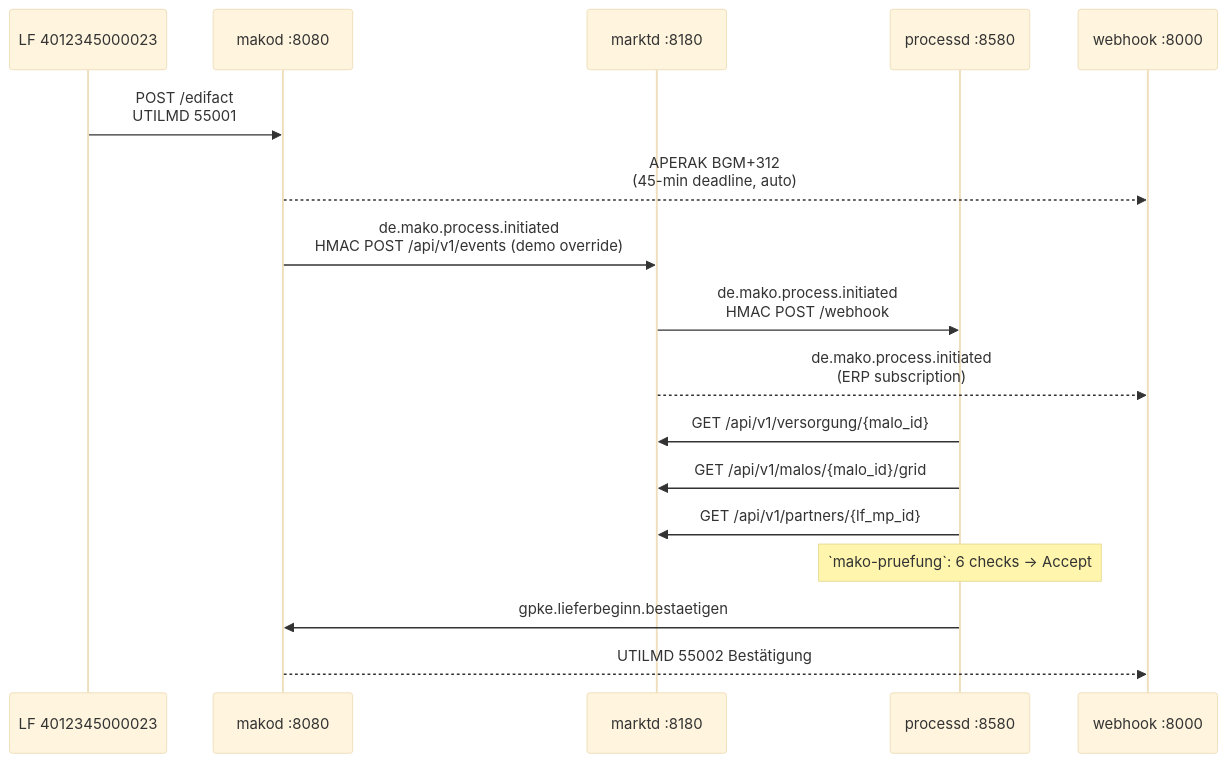
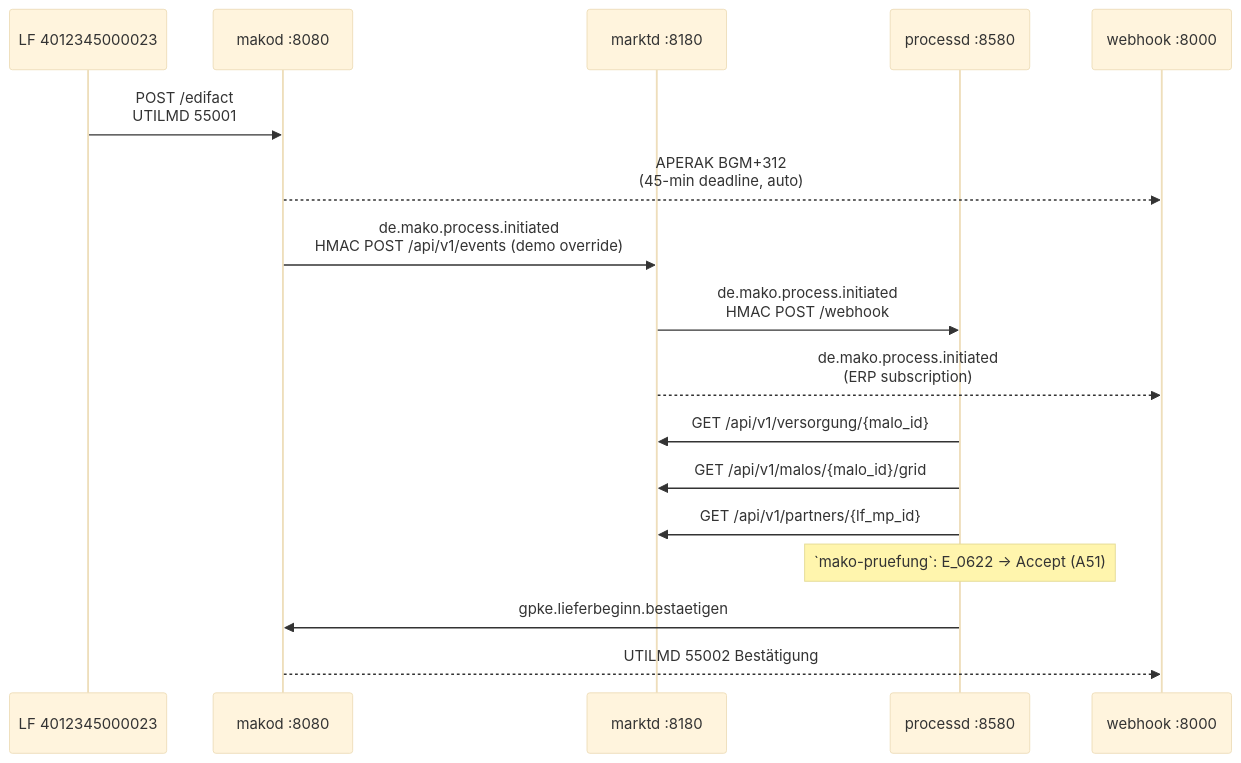
The diagram in site/content/docs/guide/getting-started.md (hupe1980/mako), drawn with Mermaid (base theme) before and after one commit. The commit also changed other lines of this file and 79 other files, not shown here.

````diff
--- a/site/content/docs/guide/getting-started.md
+++ b/site/content/docs/guide/getting-started.md
@@ -23,20 +23,20 @@
 ```mermaid
 sequenceDiagram
     participant LF as LF 4012345000023
     participant makod as makod :8080
     participant marktd as marktd :8180
     participant processd as processd :8580
     participant webhook as webhook :8000
 
     LF->>makod: POST /edifact<br/>UTILMD 55001
     makod-->>webhook: APERAK BGM+312<br/>(45-min deadline, auto)
     makod->>marktd: de.mako.process.initiated<br/>HMAC POST /api/v1/events (demo override)
     marktd->>processd: de.mako.process.initiated<br/>HMAC POST /webhook
     marktd-->>webhook: de.mako.process.initiated<br/>(ERP subscription)
     processd->>marktd: GET /api/v1/versorgung/{malo_id}
     processd->>marktd: GET /api/v1/malos/{malo_id}/grid
     processd->>marktd: GET /api/v1/partners/{lf_mp_id}
-    Note over processd: `mako-pruefung`: 6 checks → Accept
+    Note over processd: `mako-pruefung`: E_0622 → Accept (A51)
     processd->>makod: gpke.lieferbeginn.bestaetigen
     makod-->>webhook: UTILMD 55002 Bestätigung
 ```
````
